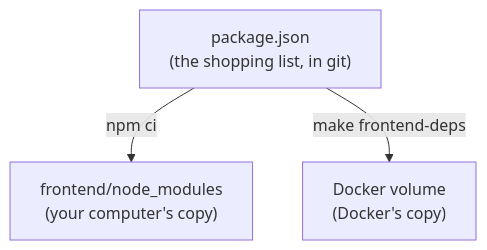
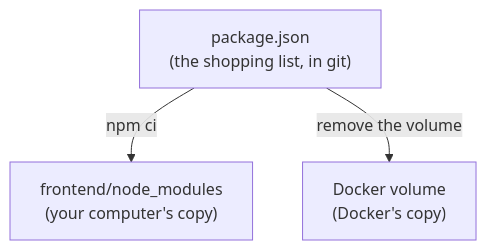
Before and after one commit to moomaideng/eventory: the diagram in docs/troubleshooting.md, drawn with Mermaid. The commit also changed other lines of this file and 33 other files, not shown here.

````diff
--- a/docs/troubleshooting.md
+++ b/docs/troubleshooting.md
@@ -31,8 +31,8 @@
 ```mermaid
 flowchart TD
     P["package.json<br/>(the shopping list, in git)"]
     H["frontend/node_modules<br/>(your computer's copy)"]
     D["Docker volume<br/>(Docker's copy)"]
     P -->|"npm ci"| H
-    P -->|"make frontend-deps"| D
+    P -->|"remove the volume"| D
 ```
````
